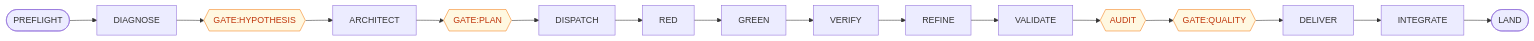
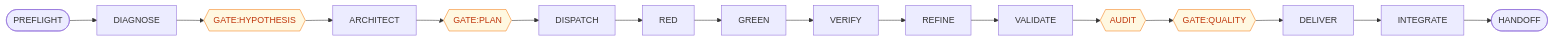
The diagram in README.md (Munsik-Park/claude-autoflow), drawn with Mermaid before and after one commit. The commit also changed other lines of this file and 8 other files, not shown here.

````diff
--- a/README.md
+++ b/README.md
@@ -47,21 +47,21 @@
 ```mermaid
 flowchart LR
     PRE([PREFLIGHT]) --> DIA[DIAGNOSE]
     DIA --> HYP{{GATE:HYPOTHESIS}}
     HYP --> ARC[ARCHITECT]
     ARC --> PLAN{{GATE:PLAN}}
     PLAN --> DIS[DISPATCH]
     DIS --> RED[RED]
     RED --> GREEN[GREEN]
     GREEN --> VER[VERIFY]
     VER --> REF[REFINE]
     REF --> VAL[VALIDATE]
     VAL --> AUD{{AUDIT}}
     AUD --> QUAL{{GATE:QUALITY}}
     QUAL --> DEL[DELIVER]
     DEL --> INT[INTEGRATE]
-    INT --> LAND([LAND])
+    INT --> HANDOFF([HANDOFF])
 
     classDef gate fill:#fff8e1,stroke:#f57f17,color:#bf360c
     class HYP,PLAN,AUD,QUAL gate
 ```
````
